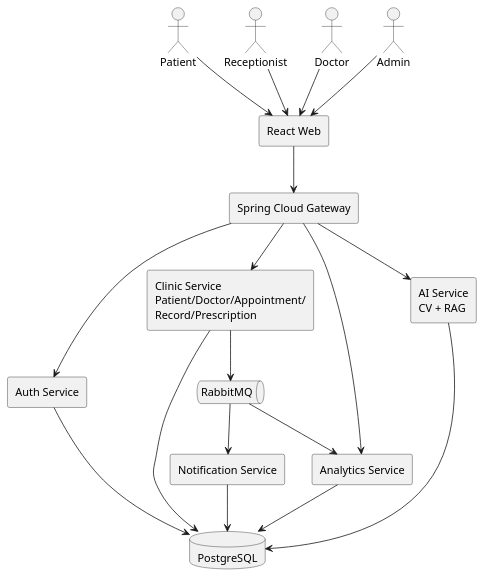
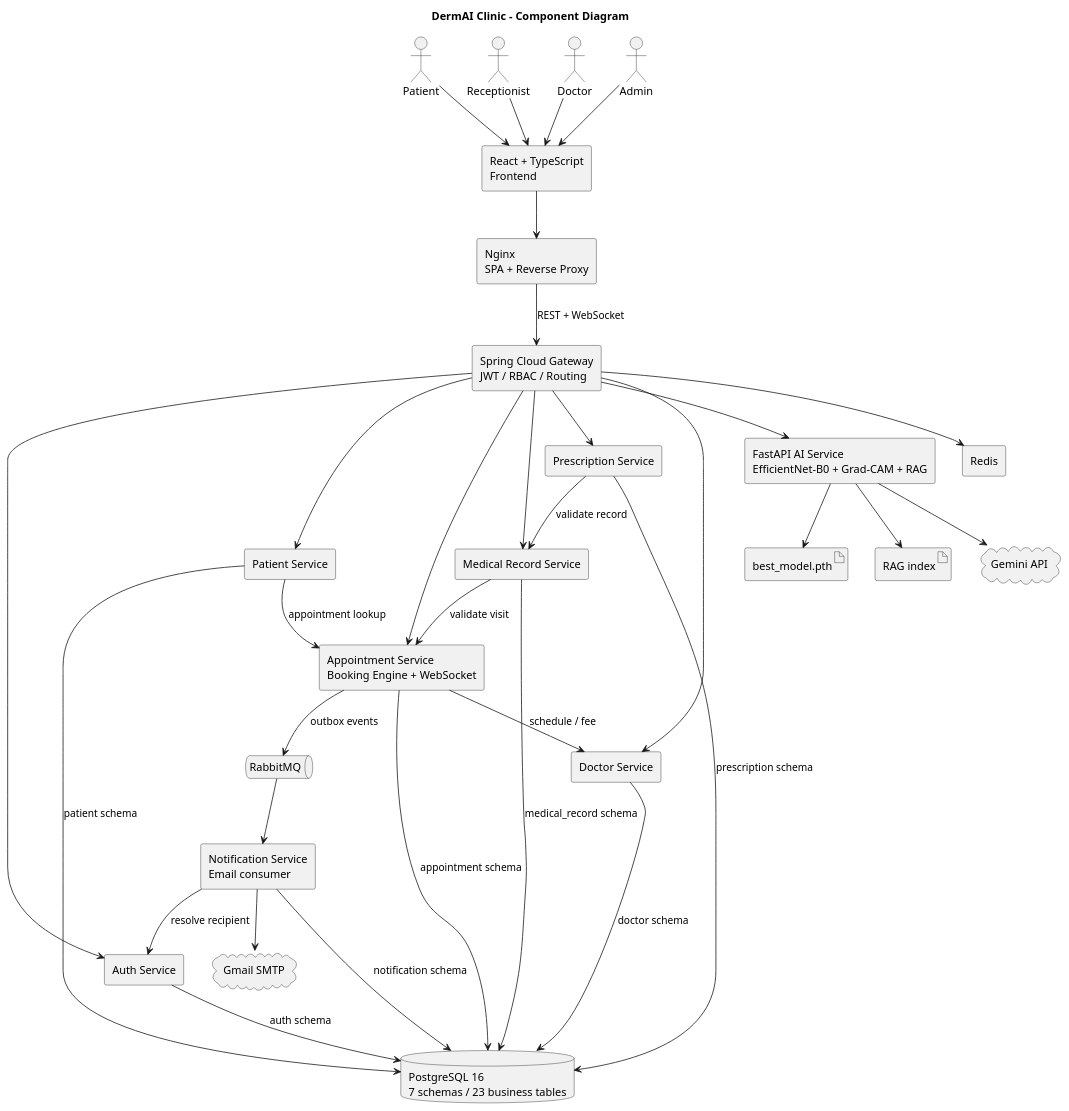
One commit to Nhutrieu/Dermai-clinic changed the diagram in docs/diagrams/system.puml. Above: the diagram before and after it, drawn with PlantUML. The commit also changed 87 other files, not shown here.

```diff
--- a/docs/diagrams/system.puml
+++ b/docs/diagrams/system.puml
@@ -1,33 +1,61 @@
 @startuml
+title DermAI Clinic - Component Diagram
 skinparam componentStyle rectangle
+skinparam shadowing false
+
 actor Patient
 actor Receptionist
 actor Doctor
 actor Admin
-component "React Web" as Web
-component "Spring Cloud Gateway" as GW
+component "React + TypeScript\nFrontend" as Web
+component "Nginx\nSPA + Reverse Proxy" as Nginx
+component "Spring Cloud Gateway\nJWT / RBAC / Routing" as Gateway
 component "Auth Service" as Auth
-component "Clinic Service\nPatient/Doctor/Appointment/\nRecord/Prescription" as Clinic
-component "AI Service\nCV + RAG" as AI
-component "Notification Service" as Notify
-component "Analytics Service" as Analytics
-queue RabbitMQ
-database PostgreSQL
+component "Patient Service" as PatientService
+component "Doctor Service" as DoctorService
+component "Appointment Service\nBooking Engine + WebSocket" as Appointment
+component "Medical Record Service" as Record
+component "Prescription Service" as Prescription
+component "Notification Service\nEmail consumer" as Notification
+component "FastAPI AI Service\nEfficientNet-B0 + Grad-CAM + RAG" as AI
+database "PostgreSQL 16\n7 schemas / 23 business tables" as PostgreSQL
+queue "RabbitMQ" as RabbitMQ
+component "Redis" as Redis
+artifact "best_model.pth" as Model
+artifact "RAG index" as RagIndex
+cloud "Gmail SMTP" as SMTP
+cloud "Gemini API" as Gemini
+
 Patient --> Web
 Receptionist --> Web
 Doctor --> Web
 Admin --> Web
-Web --> GW
-GW --> Auth
-GW --> Clinic
-GW --> AI
-GW --> Analytics
-Clinic --> RabbitMQ
-RabbitMQ --> Notify
-RabbitMQ --> Analytics
-Auth --> PostgreSQL
-Clinic --> PostgreSQL
-Notify --> PostgreSQL
-Analytics --> PostgreSQL
-AI --> PostgreSQL
+Web --> Nginx
+Nginx --> Gateway : REST + WebSocket
+Gateway --> Auth
+Gateway --> PatientService
+Gateway --> DoctorService
+Gateway --> Appointment
+Gateway --> Record
+Gateway --> Prescription
+Gateway --> AI
+Gateway --> Redis
+Appointment --> DoctorService : schedule / fee
+PatientService --> Appointment : appointment lookup
+Record --> Appointment : validate visit
+Prescription --> Record : validate record
+Appointment --> RabbitMQ : outbox events
+RabbitMQ --> Notification
+Notification --> Auth : resolve recipient
+Notification --> SMTP
+Auth --> PostgreSQL : auth schema
+PatientService --> PostgreSQL : patient schema
+DoctorService --> PostgreSQL : doctor schema
+Appointment --> PostgreSQL : appointment schema
+Record --> PostgreSQL : medical_record schema
+Prescription --> PostgreSQL : prescription schema
+Notification --> PostgreSQL : notification schema
+AI --> Model
+AI --> RagIndex
+AI --> Gemini
 @enduml
```
